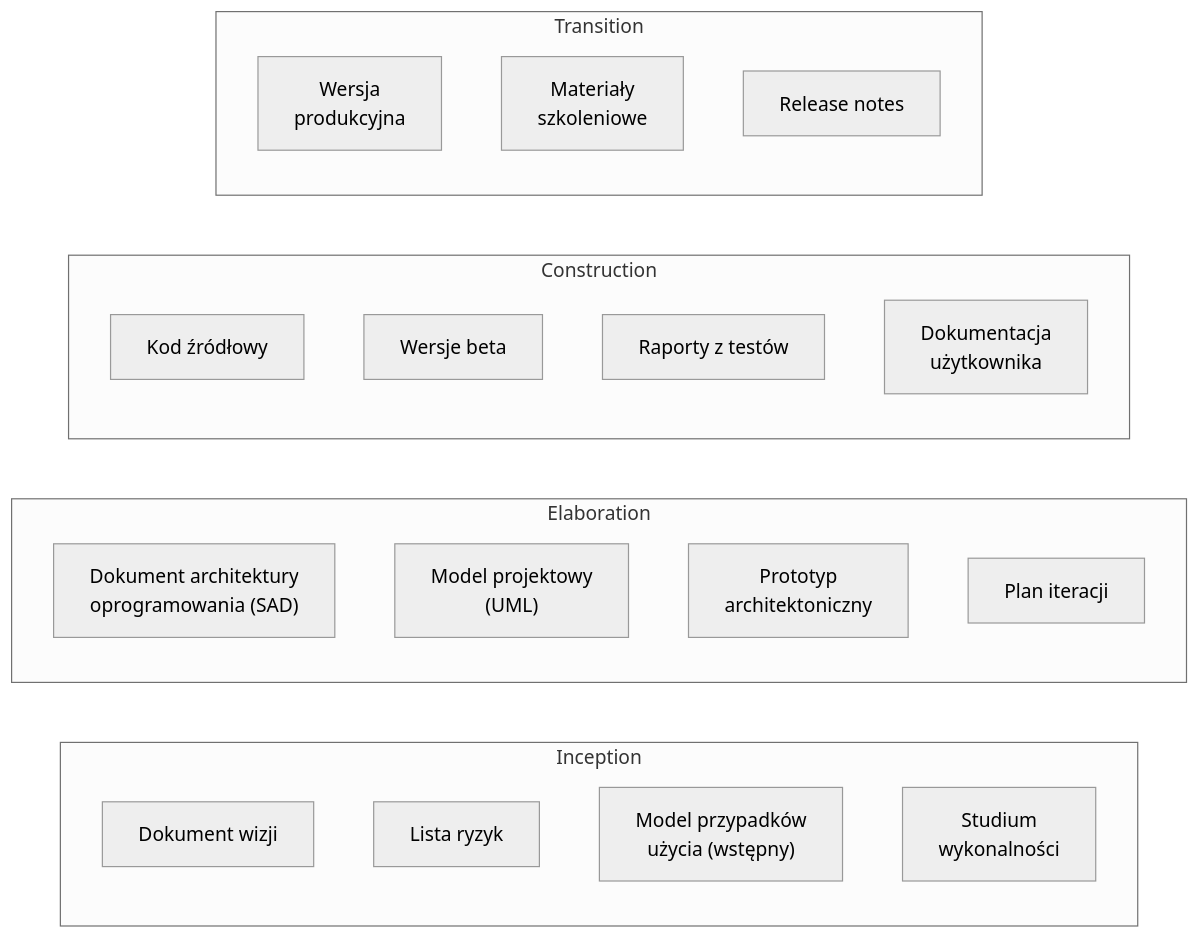
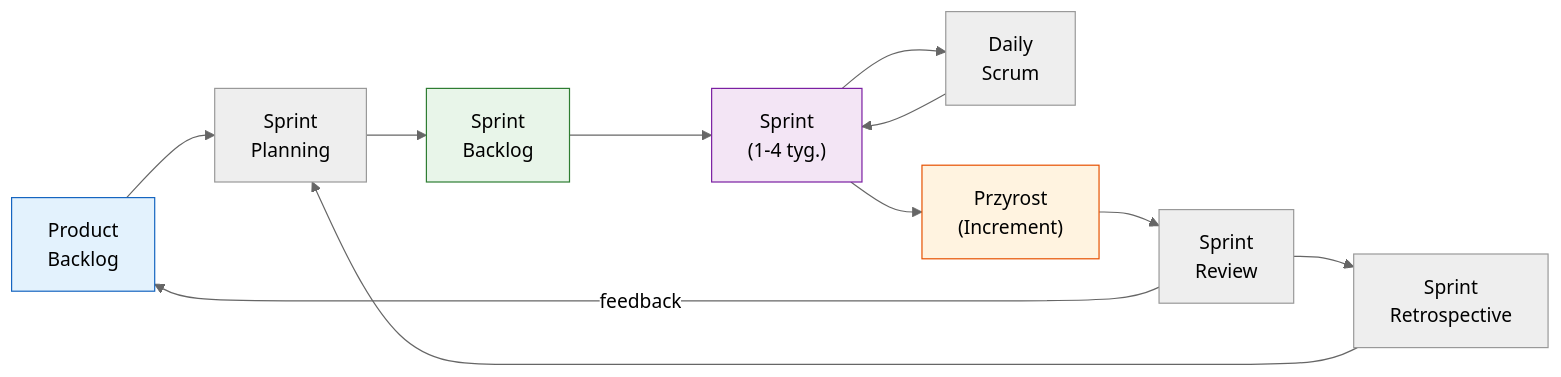
One commit to prazny/ex-knowledge changed the first of 2 diagrams in 12-metodyka-rup.md. Above: the diagram before and after it, drawn with Mermaid (neutral theme). The commit also changed other lines of this file, not shown here.

Commit message:
RUP to Scrum

````diff
--- a/12-metodyka-rup.md
+++ b/12-metodyka-rup.md
@@ -111,26 +96,18 @@
 ```mermaid
 flowchart LR
-    subgraph "Inception"
-        A1["Dokument wizji"]
-        A2["Lista ryzyk"]
-        A3["Model przypadków<br/>użycia (wstępny)"]
-        A4["Studium<br/>wykonalności"]
-    end
-    subgraph "Elaboration"
-        B1["Dokument architektury<br/>oprogramowania (SAD)"]
-        B2["Model projektowy<br/>(UML)"]
-        B3["Prototyp<br/>architektoniczny"]
-        B4["Plan iteracji"]
-    end
-    subgraph "Construction"
-        C1["Kod źródłowy"]
-        C2["Wersje beta"]
-        C3["Raporty z testów"]
-        C4["Dokumentacja<br/>użytkownika"]
-    end
-    subgraph "Transition"
-        D1["Wersja<br/>produkcyjna"]
-        D2["Materiały<br/>szkoleniowe"]
-        D3["Release notes"]
-    end
+    PB["Product<br/>Backlog"] --> SP["Sprint<br/>Planning"]
+    SP --> SB["Sprint<br/>Backlog"]
+    SB --> DEV["Sprint<br/>(1-4 tyg.)"]
+    DEV --> DS["Daily<br/>Scrum"]
+    DS --> DEV
+    DEV --> INC["Przyrost<br/>(Increment)"]
+    INC --> SR["Sprint<br/>Review"]
+    SR --> RET["Sprint<br/>Retrospective"]
+    RET --> SP
+    SR -->|"feedback"| PB
+
+    style PB fill:#e3f2fd,stroke:#1565c0
+    style SB fill:#e8f5e9,stroke:#2e7d32
+    style INC fill:#fff3e0,stroke:#e65100
+    style DEV fill:#f3e5f5,stroke:#7b1fa2
 ```
````
